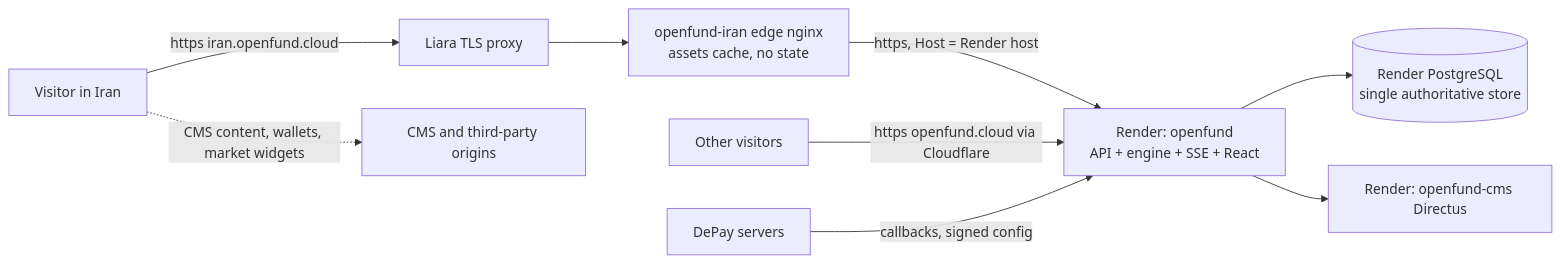
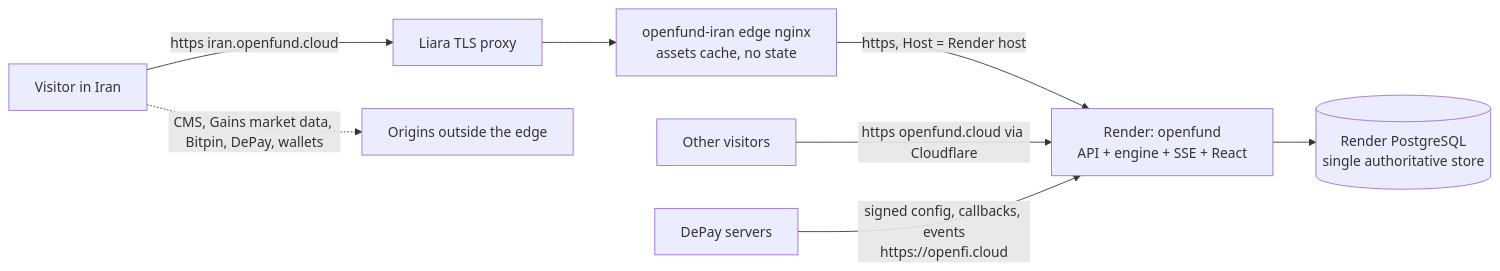
One commit to algomanlife/openfund changed the first of 2 diagrams in docs/deployment/LIARA_IRAN.md. Above: the diagram before and after it, drawn with Mermaid. The commit also changed other lines of this file and 20 other files, not shown here.

````diff
--- a/docs/deployment/LIARA_IRAN.md
+++ b/docs/deployment/LIARA_IRAN.md
@@ -24,11 +36,10 @@
 ```mermaid
 flowchart LR
   IR[Visitor in Iran] -->|https iran.openfund.cloud| LP[Liara TLS proxy]
   LP --> EDGE[openfund-iran edge nginx<br/>assets cache, no state]
   EDGE -->|https, Host = Render host| RENDER[Render: openfund<br/>API + engine + SSE + React]
   INT[Other visitors] -->|https openfund.cloud via Cloudflare| RENDER
   RENDER --> DB[(Render PostgreSQL<br/>single authoritative store)]
-  RENDER --> CMS[Render: openfund-cms Directus]
-  IR -. CMS content, wallets, market widgets .-> EXT[CMS and third-party origins]
-  DEPAY[DePay servers] -->|callbacks, signed config| RENDER
+  IR -. CMS, Gains market data, Bitpin, DePay, wallets .-> EXT[Origins outside the edge]
+  DEPAY[DePay servers] -->|signed config, callbacks, events<br/>https://openfi.cloud| RENDER
 ```
````
